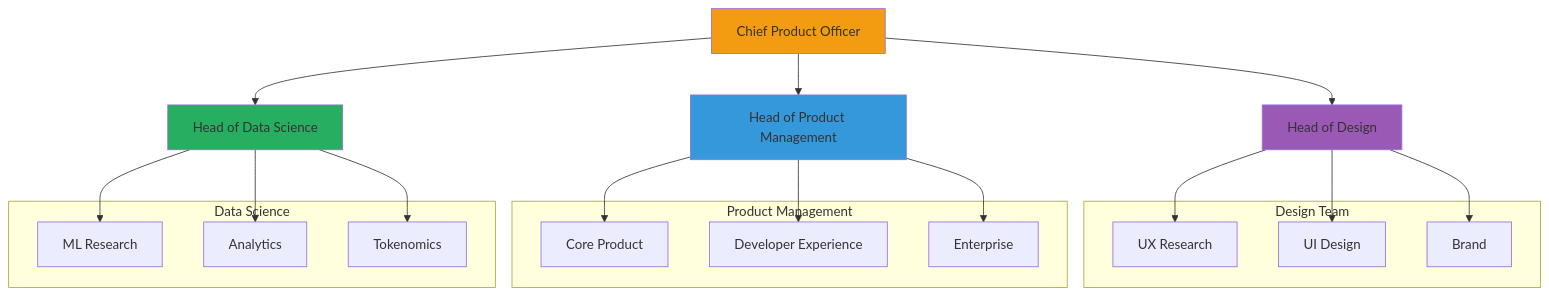
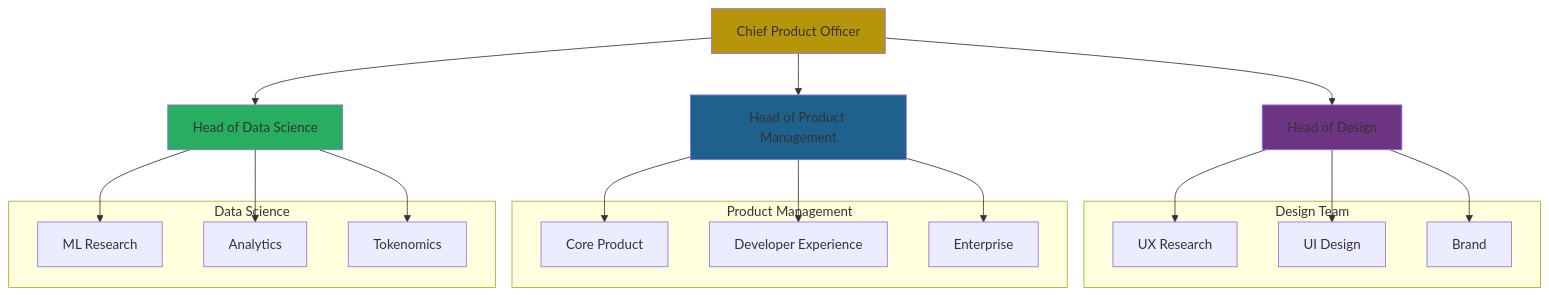
The third of 5 diagrams in docs/06-operations/team/org-chart.md (CipherOcto/cipherocto), drawn with Mermaid before and after one commit. The commit also changed other lines of this file and 13 other files, not shown here.

First line of the commit message:
Improve Mermaid diagram accessibility: Fix color contrast

````diff
--- a/docs/06-operations/team/org-chart.md
+++ b/docs/06-operations/team/org-chart.md
@@ -85,46 +85,46 @@
 ```mermaid
 graph TB
     CPO[Chief Product Officer]
     HeadDesign[Head of Design]
     HeadPM[Head of Product Management]
     HeadData[Head of Data Science]
 
     CPO --> HeadDesign
     CPO --> HeadPM
     CPO --> HeadData
 
     subgraph DESIGN["Design Team"]
         DesignTeam1[UX Research]
         DesignTeam2[UI Design]
         DesignTeam3[Brand]
     end
 
     subgraph PM["Product Management"]
         PMTeam1[Core Product]
         PMTeam2[Developer Experience]
         PMTeam3[Enterprise]
     end
 
     subgraph DATA["Data Science"]
         DataTeam1[ML Research]
         DataTeam2[Analytics]
         DataTeam3[Tokenomics]
     end
 
     HeadDesign --> DesignTeam1
     HeadDesign --> DesignTeam2
     HeadDesign --> DesignTeam3
 
     HeadPM --> PMTeam1
     HeadPM --> PMTeam2
     HeadPM --> PMTeam3
 
     HeadData --> DataTeam1
     HeadData --> DataTeam2
     HeadData --> DataTeam3
 
-    style CPO fill:#f39c12
-    style HeadDesign fill:#9b59b6
-    style HeadPM fill:#3498db
+    style CPO fill:#b7950b
+    style HeadDesign fill:#6c3483
+    style HeadPM fill:#1f618d
     style HeadData fill:#27ae60
 ```
````
